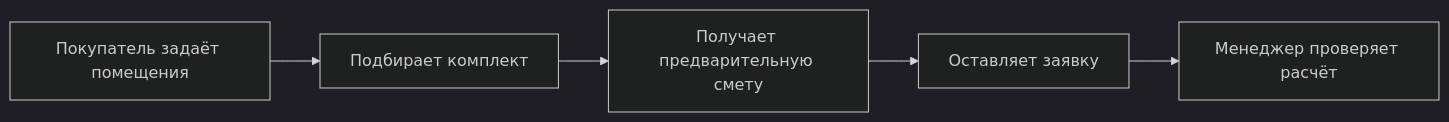
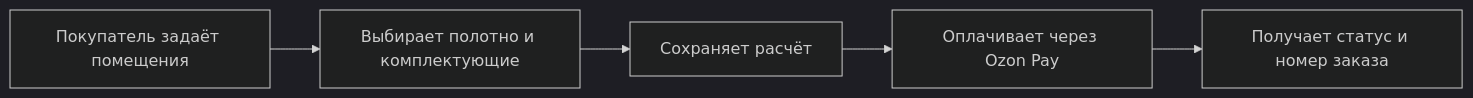
One commit to ValentinAlekhin/krazburg-spec changed the diagram in docs/index.md. Above: the diagram before and after it, drawn with Mermaid (dark theme). The commit also changed other lines of this file and 22 other files, not shown here.

Commit message:
Refocus specification on CMS and redesign preserving Ozon Pay

````diff
--- a/docs/index.md
+++ b/docs/index.md
@@ -9,7 +9,7 @@
 ```mermaid
 flowchart LR
-  A[Покупатель задаёт помещения] --> B[Подбирает комплект]
-  B --> C[Получает предварительную смету]
-  C --> D[Оставляет заявку]
-  D --> E[Менеджер проверяет расчёт]
+  A[Покупатель задаёт помещения] --> B[Выбирает полотно и комплектующие]
+  B --> C[Сохраняет расчёт]
+  C --> D[Оплачивает через Ozon Pay]
+  D --> E[Получает статус и номер заказа]
 ```
````
